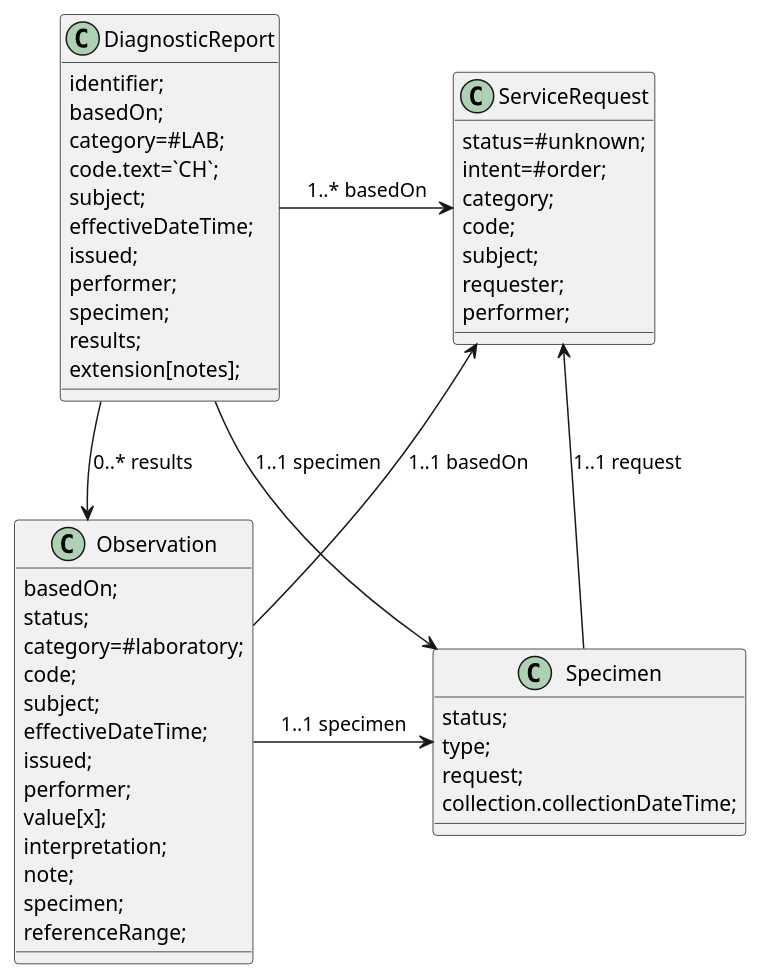
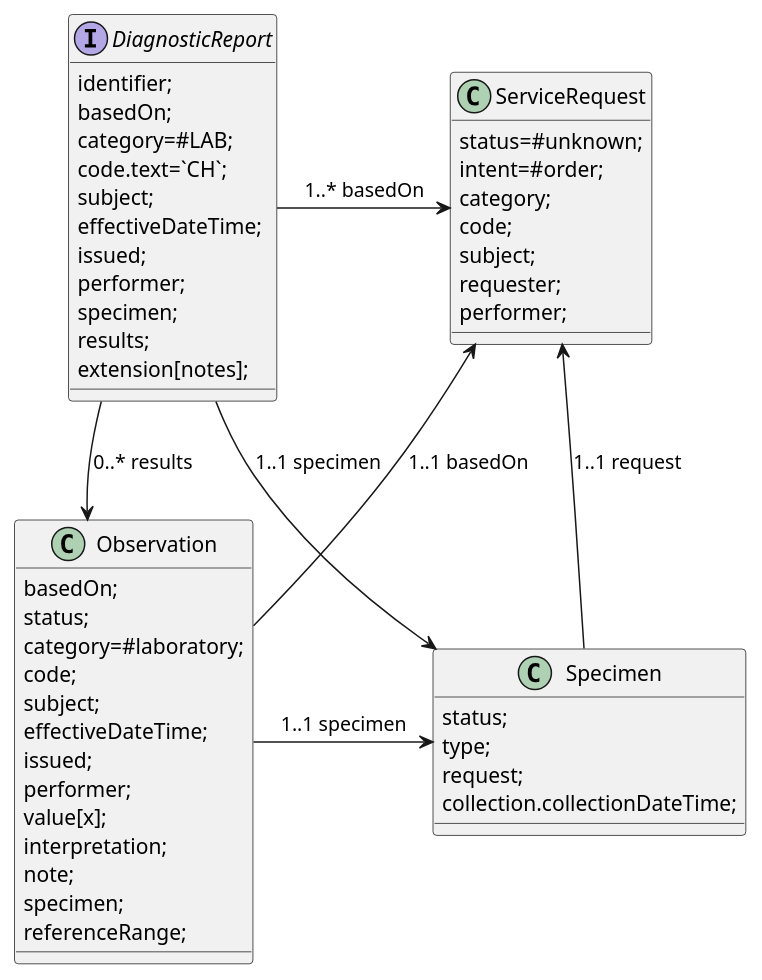
One commit to department-of-veterans-affairs/mhv-fhir-phr-mapping changed the diagram in input/images-source/chLab.plantuml. Above: the diagram before and after it, drawn with PlantUML. The commit also changed 2516 other files, not shown here.

```diff
--- a/input/images-source/chLab.plantuml
+++ b/input/images-source/chLab.plantuml
@@ -1,55 +1,55 @@
 @startuml
 skinparam svgDimensionStyle true
 
-class DiagnosticReport {
+interface DiagnosticReport {
     identifier;
     basedOn;
     category=#LAB;
     code.text=`CH`;
     subject;
     effectiveDateTime;
     issued;
     performer;
     specimen;
     results;
     extension[notes];
 }
 class ServiceRequest {
     status=#unknown;
     intent=#order;
     category;
     code;
     subject;
     requester;
     performer;
 }
 class Specimen {
     status;
     type;
     request;
     collection.collectionDateTime;
 }
 class Observation {
     basedOn;
     status;
     category=#laboratory;
     code;
     subject;
     effectiveDateTime;
     issued;
     performer;
     value[x];
     interpretation;
     note;
     specimen;
     referenceRange;
 }
 
 DiagnosticReport -down-> Specimen: 1..1 specimen
 Specimen -right-> ServiceRequest: 1..1 request
 DiagnosticReport -right-> ServiceRequest: 1..* basedOn
 Observation -up-> ServiceRequest: 1..1 basedOn
 DiagnosticReport -down-> Observation: 0..* results
 Observation -right-> Specimen: 1..1 specimen
 
 @enduml
```
